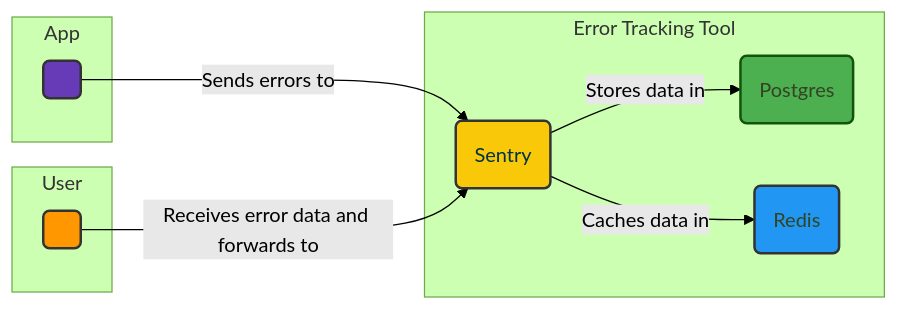
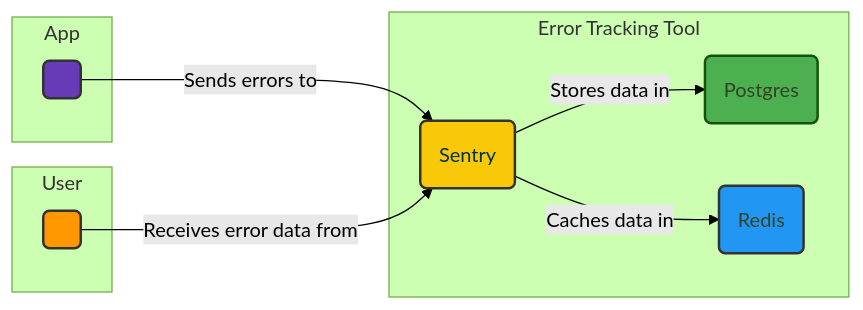
The diagram in .bunnyshell/templates/sentry-redis-postgresql/README.md (maksimmuravev/bunnyshell-all-in-toolset), drawn with Mermaid (forest theme) before and after one commit.

Commit message:
Fix wrong description of A's action in graph

````diff
--- a/.bunnyshell/templates/sentry-redis-postgresql/README.md
+++ b/.bunnyshell/templates/sentry-redis-postgresql/README.md
@@ -7,23 +7,23 @@
 ```mermaid
 graph LR
 
   subgraph User
     style A fill:#FF9800,stroke:#333,stroke-width:2px;
     A( )
   end
 
   subgraph Error Tracking Tool
     style B fill:#F9C909,stroke:#333,color:#034,stroke-width:2px;
     B(Sentry) -->|Stores data in| C(Postgres)
     style C fill:#4CAF50,stroke:#xxx,color:#342,stroke-width:2px;
     B -->|Caches data in| D(Redis)
     style D fill:#2196F3,stroke:#333,color:#342,stroke-width:2px;
   end
 
   subgraph App
     E( )
     style E fill:#673AB7,stroke:#333,color:#034,stroke-width:2px;
     E -->|Sends errors to| B
-    A -->|Receives error data and forwards to| B
+    A -->|Receives error data from| B
   end
 ```
````
